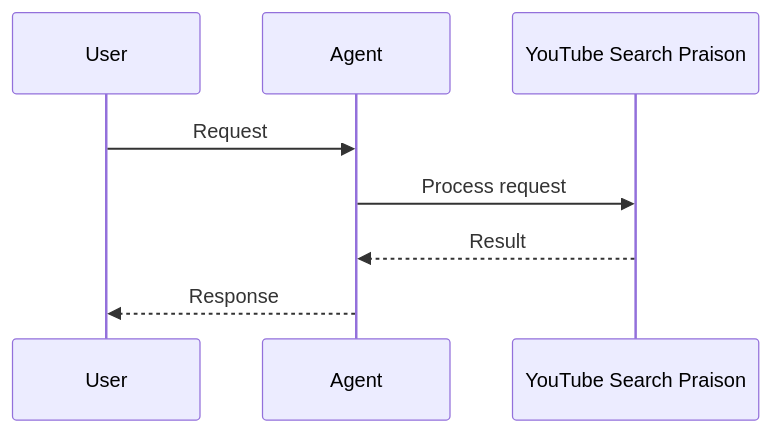
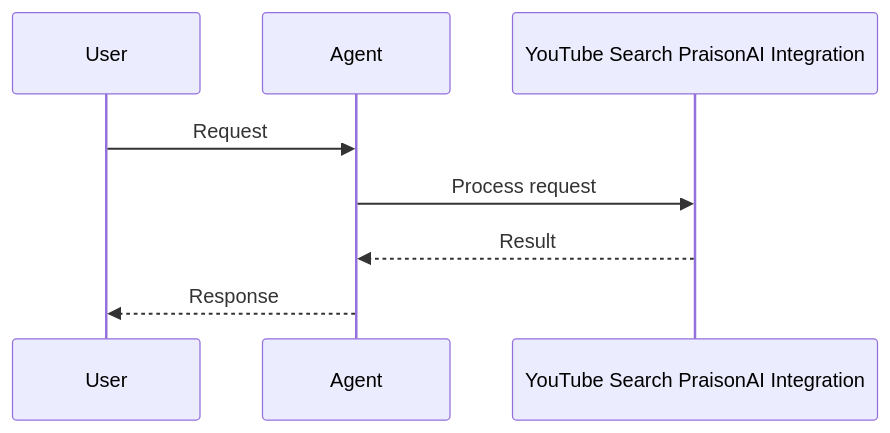
One commit to MervinPraison/PraisonAIDocs changed the second of 2 diagrams in docs/tools/youtube.mdx. Above: the diagram before and after it, drawn with Mermaid. The commit also changed 45 other files, not shown here.

First line of the commit message:
docs: fix truncated Mermaid diagram feature names (22-char cutoff)

````diff
--- a/docs/tools/youtube.mdx
+++ b/docs/tools/youtube.mdx
@@ -34,11 +34,11 @@
 ```mermaid
 sequenceDiagram
     participant User
     participant Agent
-    participant Feature as YouTube Search Praison
+    participant Feature as YouTube Search PraisonAI Integration
 
     User->>Agent: Request
     Agent->>Feature: Process request
     Feature-->>Agent: Result
     Agent-->>User: Response
 ```
````
